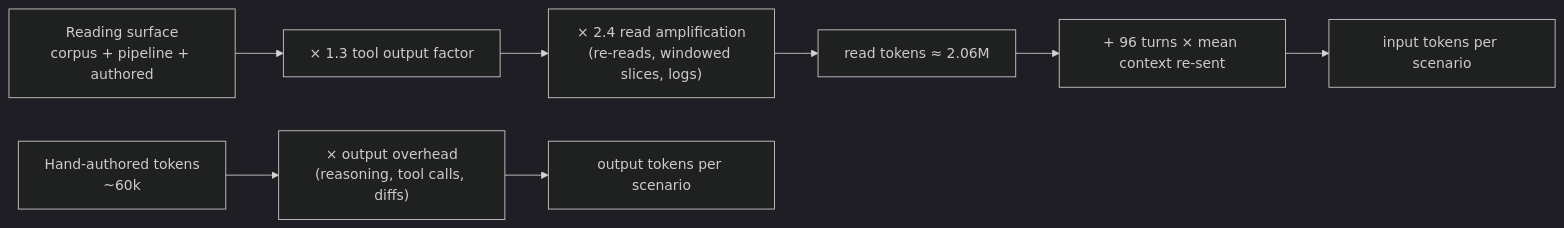
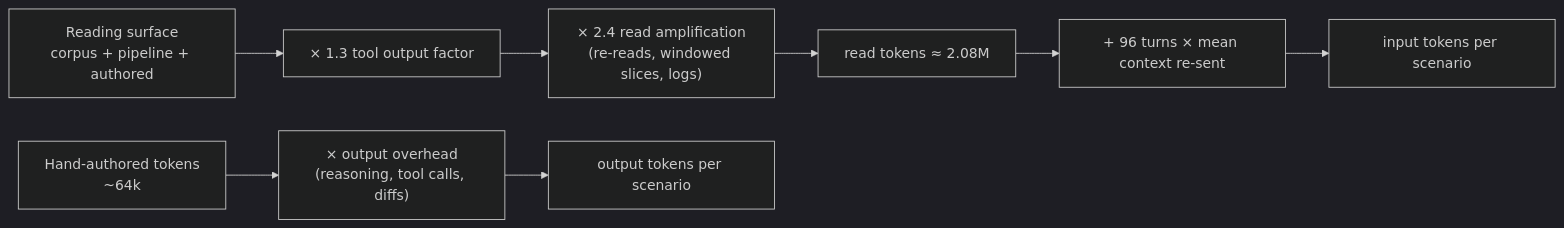
One commit to wezbest/IzRez-1 changed the first of 2 diagrams in W/w1/isr2/src/content/docs/14-site-build-report.md. Above: the diagram before and after it, drawn with Mermaid (dark theme). The commit also changed other lines of this file and 30 other files, not shown here.

````diff
--- a/W/w1/isr2/src/content/docs/14-site-build-report.md
+++ b/W/w1/isr2/src/content/docs/14-site-build-report.md
@@ -106,10 +106,10 @@
 ```mermaid
 flowchart LR
     A["Reading surface<br/>corpus + pipeline + authored"] --> B["× 1.3 tool output factor"]
     B --> C["× 2.4 read amplification<br/>(re-reads, windowed slices, logs)"]
-    C --> D["read tokens ≈ 2.06M"]
+    C --> D["read tokens ≈ 2.08M"]
     D --> E["+ 96 turns × mean context re-sent"]
     E --> F["input tokens per scenario"]
-    G["Hand-authored tokens<br/>~60k"] --> H["× output overhead<br/>(reasoning, tool calls, diffs)"]
+    G["Hand-authored tokens<br/>~64k"] --> H["× output overhead<br/>(reasoning, tool calls, diffs)"]
     H --> I["output tokens per scenario"]
 ```
````
